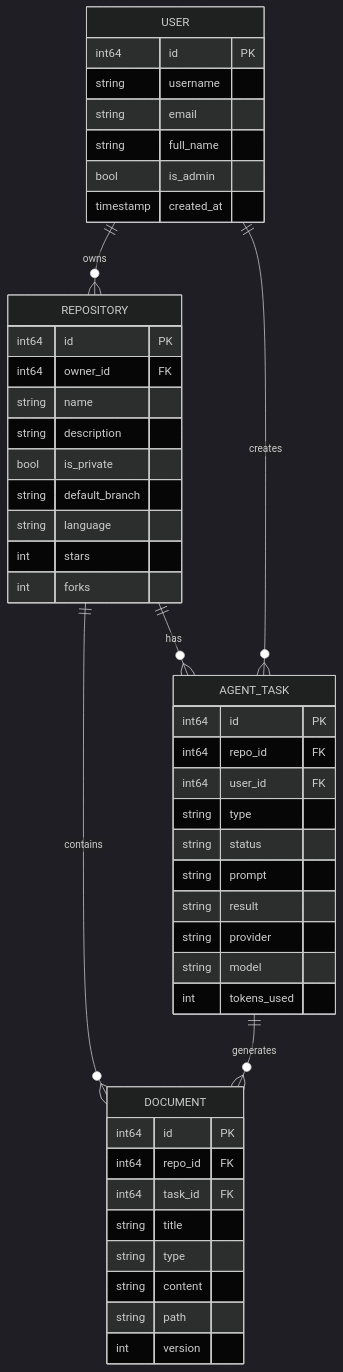
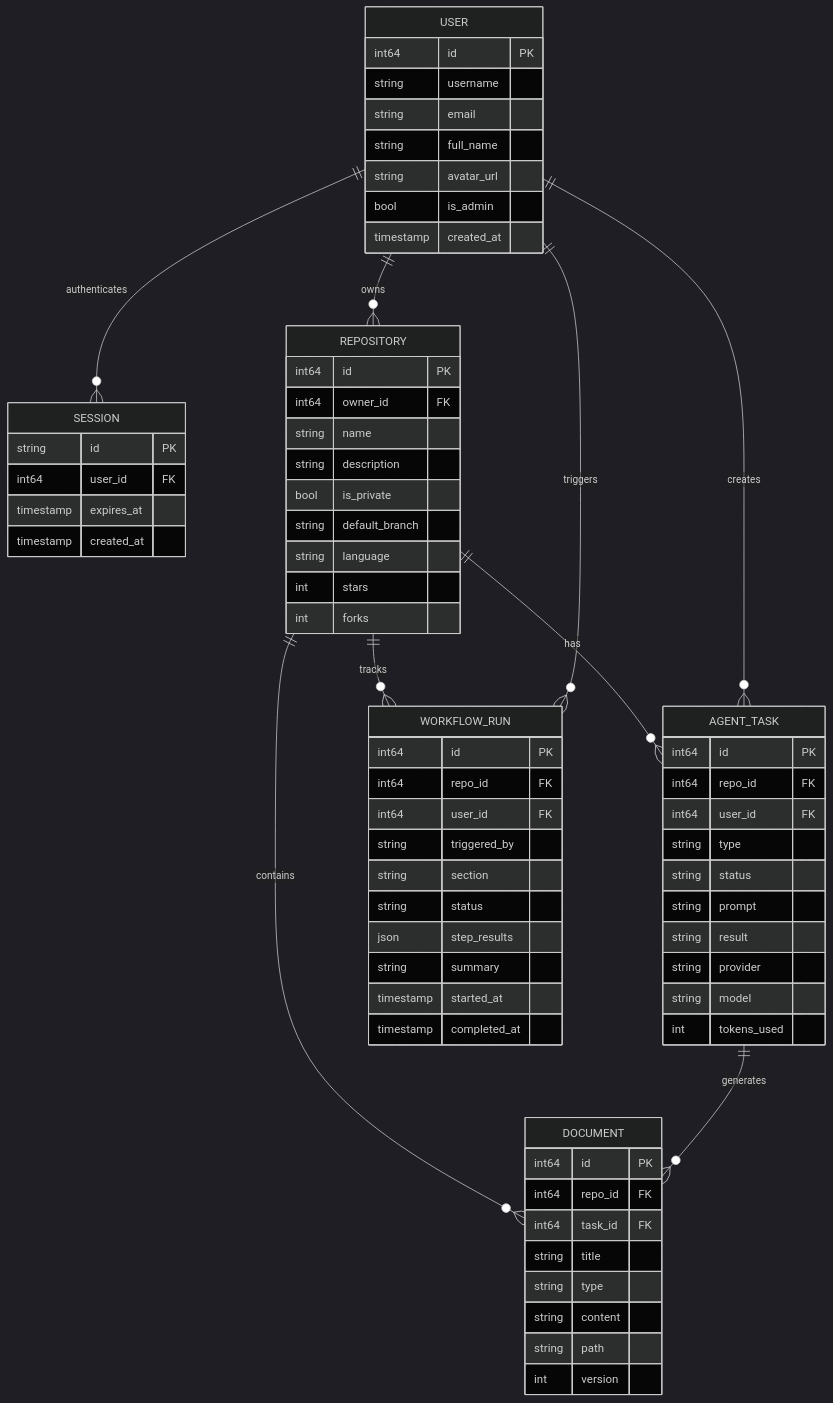
One commit to kondalaraogangavarapu/custom-gitea changed the sixth of 6 diagrams in README.md. Above: the diagram before and after it, drawn with Mermaid (dark theme). The commit also changed other lines of this file and 10 other files, not shown here.

First line of the commit message:
feat: add OIDC/SSO authentication and update README with architecture diagrams

````diff
--- a/README.md
+++ b/README.md
@@ -193,53 +248,77 @@
 ```mermaid
 erDiagram
     USER {
         int64 id PK
         string username
         string email
         string full_name
+        string avatar_url
         bool is_admin
+        timestamp created_at
+    }
+
+    SESSION {
+        string id PK
+        int64 user_id FK
+        timestamp expires_at
         timestamp created_at
     }
 
     REPOSITORY {
         int64 id PK
         int64 owner_id FK
         string name
         string description
         bool is_private
         string default_branch
         string language
         int stars
         int forks
     }
 
     AGENT_TASK {
         int64 id PK
         int64 repo_id FK
         int64 user_id FK
         string type
         string status
         string prompt
         string result
         string provider
         string model
         int tokens_used
     }
 
     DOCUMENT {
         int64 id PK
         int64 repo_id FK
         int64 task_id FK
         string title
         string type
         string content
         string path
         int version
     }
 
+    WORKFLOW_RUN {
+        int64 id PK
+        int64 repo_id FK
+        int64 user_id FK
+        string triggered_by
+        string section
+        string status
+        json step_results
+        string summary
+        timestamp started_at
+        timestamp completed_at
+    }
+
+    USER ||--o{ SESSION : authenticates
     USER ||--o{ REPOSITORY : owns
     REPOSITORY ||--o{ AGENT_TASK : has
     USER ||--o{ AGENT_TASK : creates
     REPOSITORY ||--o{ DOCUMENT : contains
     AGENT_TASK ||--o{ DOCUMENT : generates
+    REPOSITORY ||--o{ WORKFLOW_RUN : tracks
+    USER ||--o{ WORKFLOW_RUN : triggers
 ```
````
